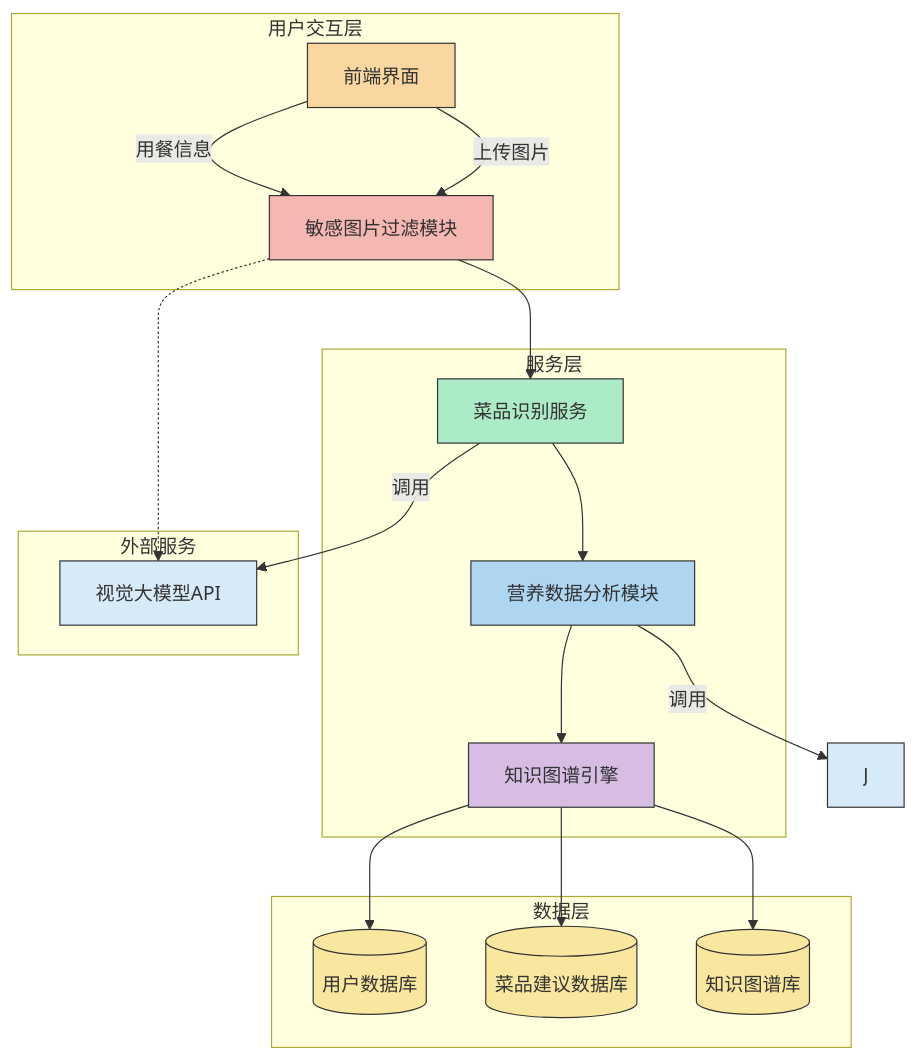
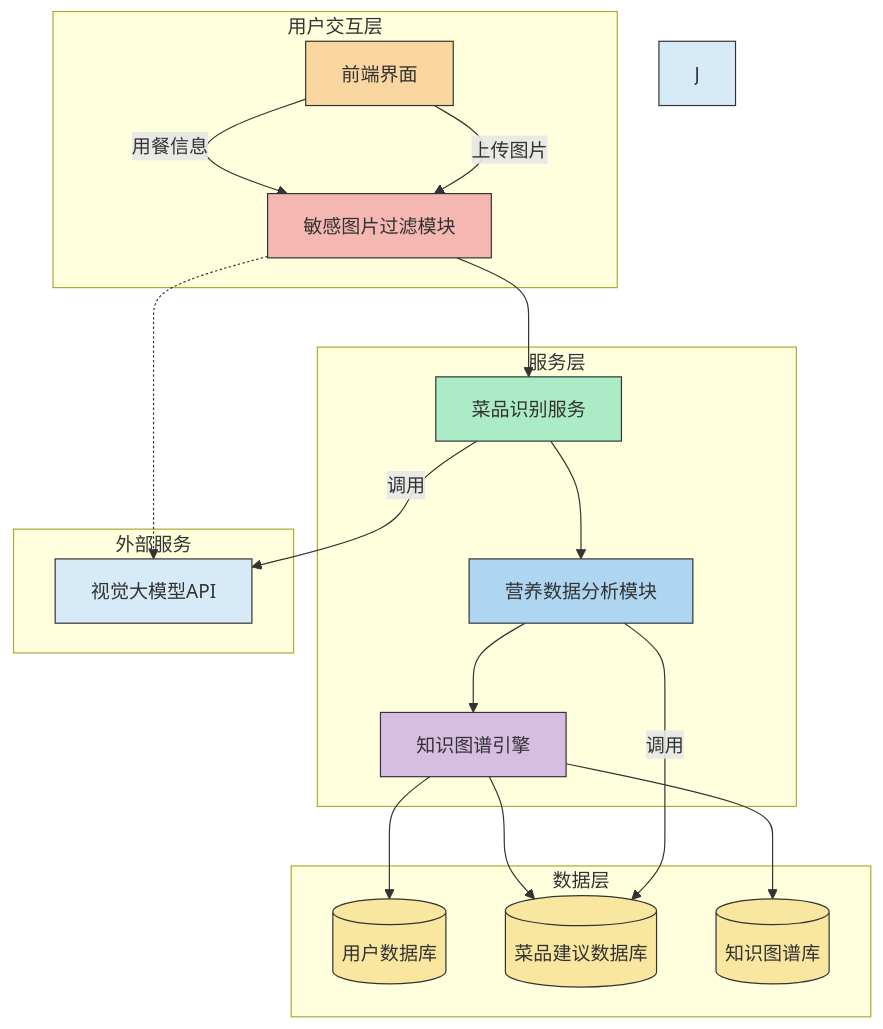
Before and after one commit to funnyData/iodraw-files: the diagram in all/未命名-1.md, drawn with Mermaid.

Commit message:
2025-03-19 16:51:27 update

````diff
--- a/all/未命名-1.md
+++ b/all/未命名-1.md
@@ -1,38 +1,38 @@
 ```mermaid
 %% 系统架构图（基于网页1/3/4/6的流程图语法优化）
 flowchart TD
     subgraph 用户交互层
         A[前端界面] -->|用餐信息| B[敏感图片过滤模块]
         style A fill:#FAD7A0,stroke:#333
         style B fill:#F5B7B1,stroke:#333
     end
 
     subgraph 服务层
         B --> C[菜品识别服务]
         C --> D[营养数据分析模块]
         D --> E[知识图谱引擎]
         style C fill:#ABEBC6,stroke:#333
         style D fill:#AED6F1,stroke:#333
         style E fill:#D7BDE2,stroke:#333
     end
 
     subgraph 数据层
         E --> F[(用户数据库)]
         E --> G[(菜品建议数据库)]
         E --> H[(知识图谱库)]
         style F fill:#F9E79F,stroke:#333,shape:cylinder
         style G fill:#F9E79F,stroke:#333,shape:cylinder
         style H fill:#F9E79F,stroke:#333,shape:cylinder
     end
 
     subgraph 外部服务
         B -.-> I[视觉大模型API]
         style I fill:#D6EAF8,stroke:#333
         style J fill:#D6EAF8,stroke:#333
     end
 
 
     A -->|上传图片| B
     C -->|调用| I
-    D -->|调用| J
+    D -->|调用| G
 ```
````
